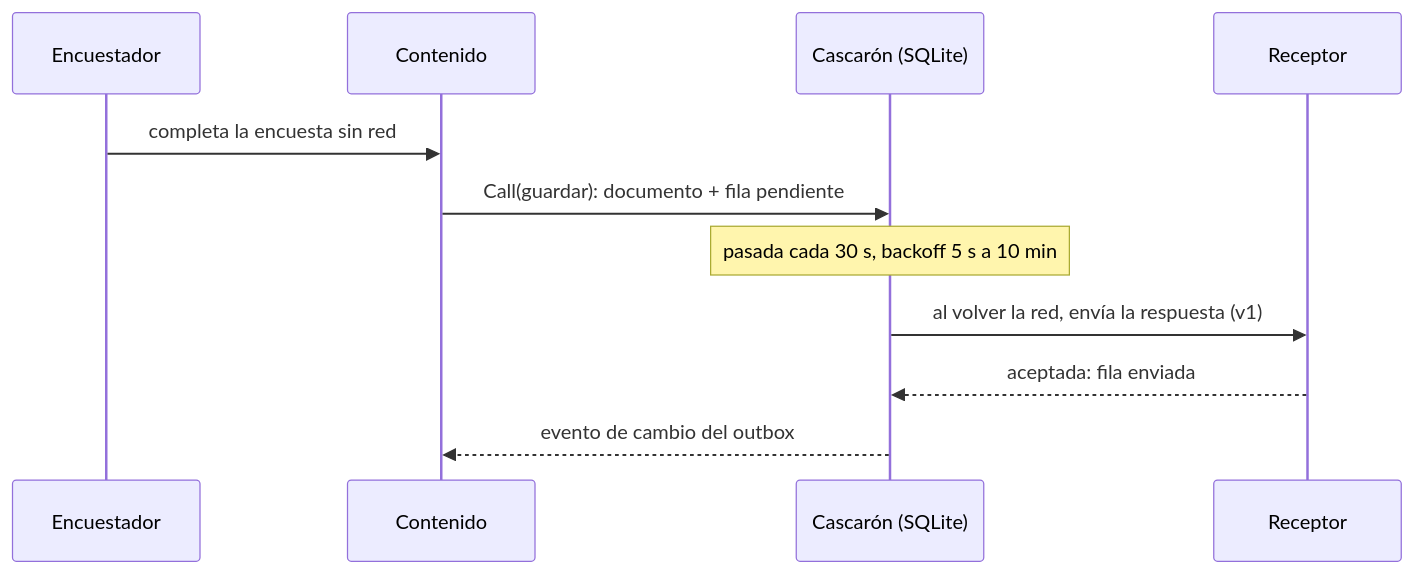
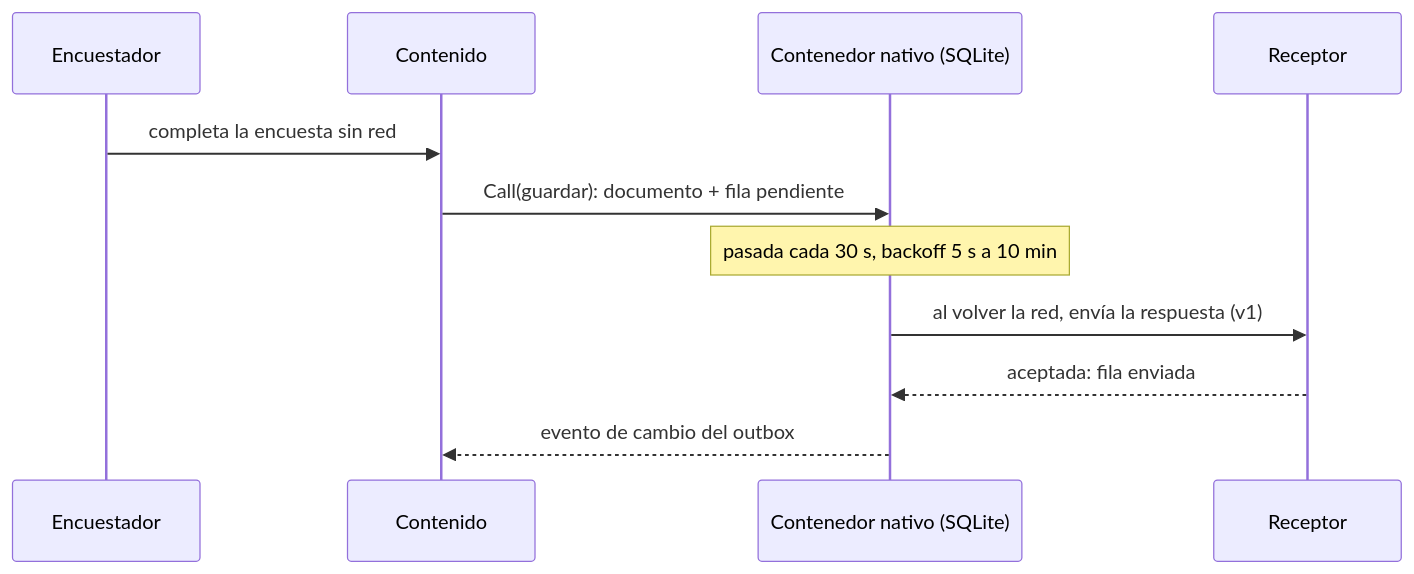
The fourth of 27 diagrams in Concepts/Framework-Concept/MAUI-Framework-Developer-Guide.md (hdcm-dev/Lab-Documentos), drawn with Mermaid before and after one commit. The commit also changed other lines of this file and 10 other files, not shown here.

First line of the commit message:
Framework-Concept: «cascarón» → «contenedor nativo» (ADR-0001) y pauta Apple 4.7.2

````diff
--- a/Concepts/Framework-Concept/MAUI-Framework-Developer-Guide.md
+++ b/Concepts/Framework-Concept/MAUI-Framework-Developer-Guide.md
@@ -374,13 +374,13 @@
 ```mermaid
 sequenceDiagram
   participant U as Encuestador
   participant C as Contenido
-  participant S as Cascarón (SQLite)
+  participant S as Contenedor nativo (SQLite)
   participant R as Receptor
   U->>C: completa la encuesta sin red
   C->>S: Call(guardar): documento + fila pendiente
   Note over S: pasada cada 30 s, backoff 5 s a 10 min
   S->>R: al volver la red, envía la respuesta (v1)
   R-->>S: aceptada: fila enviada
   S-->>C: evento de cambio del outbox
 ```
````
